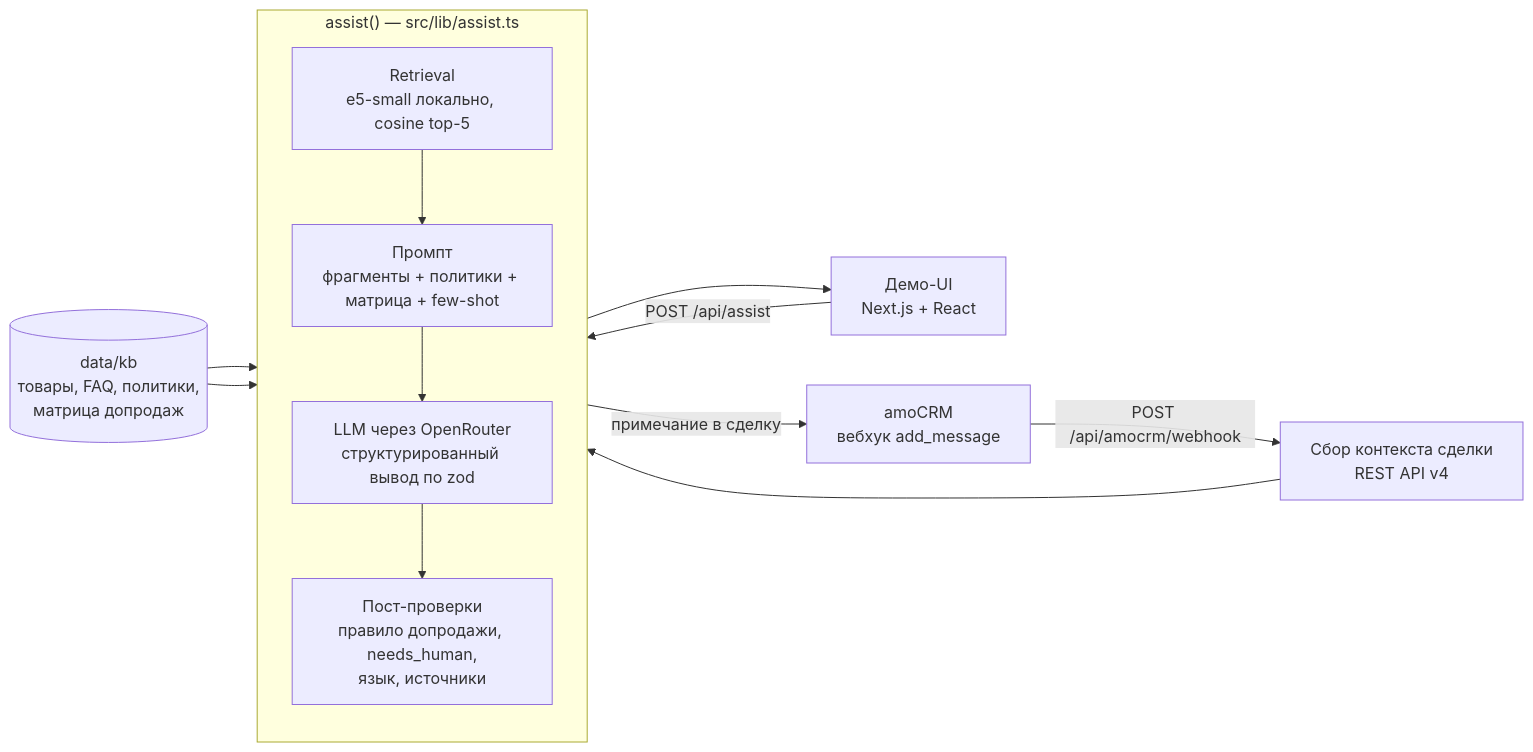
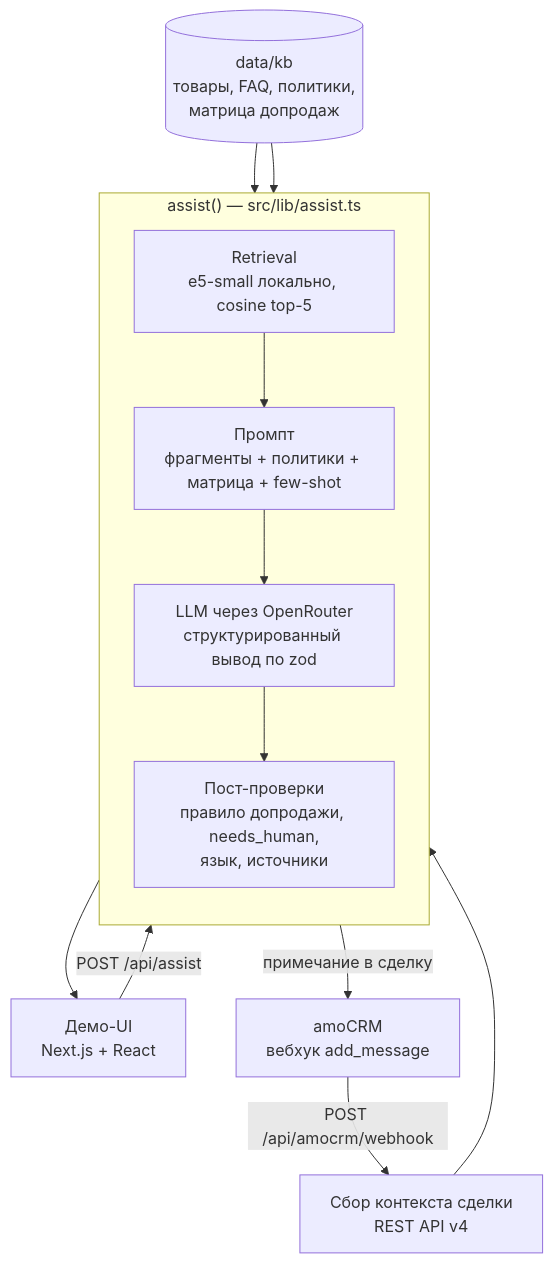
Before and after one commit to LeshBerz/o-complex-ai-assistant: the diagram in README.md, drawn with Mermaid.

Commit message:
lead: vertical architecture diagram in README

````diff
--- a/README.md
+++ b/README.md
@@ -28,16 +28,16 @@
 ```mermaid
-flowchart LR
+flowchart TB
     UI["Демо-UI<br/>Next.js + React"] -->|POST /api/assist| A
     CRM["amoCRM<br/>вебхук add_message"] -->|POST /api/amocrm/webhook| W["Сбор контекста сделки<br/>REST API v4"]
     W --> A
     subgraph A["assist() — src/lib/assist.ts"]
         direction TB
         R["Retrieval<br/>e5-small локально, cosine top-5"] --> P["Промпт<br/>фрагменты + политики + матрица + few-shot"]
         P --> L["LLM через OpenRouter<br/>структурированный вывод по zod"]
         L --> C["Пост-проверки<br/>правило допродажи, needs_human,<br/>язык, источники"]
     end
     KB[("data/kb<br/>товары, FAQ, политики,<br/>матрица допродаж")] --> R
     KB --> P
     A --> UI
     A -->|примечание в сделку| CRM
 ```
````
